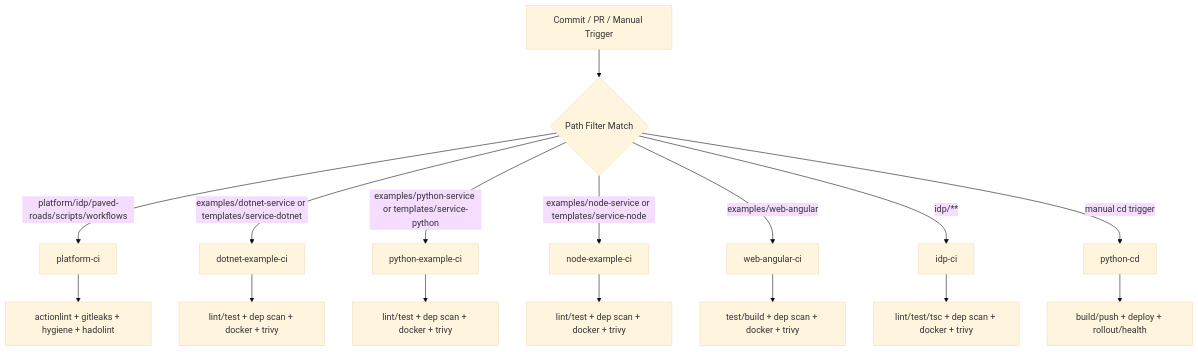
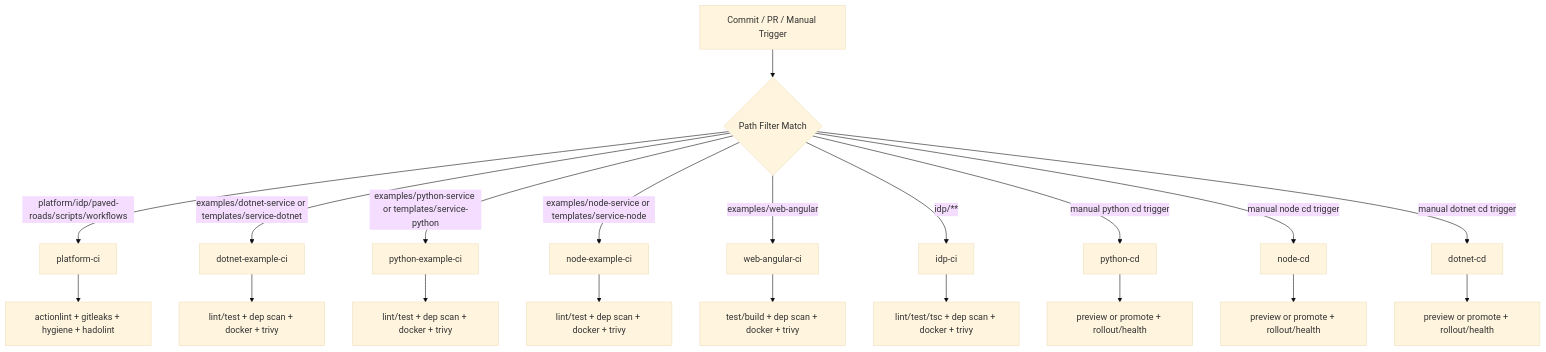
One commit to srstanl/portfolio changed the diagram in docs/ci-workflow-map.md. Above: the diagram before and after it, drawn with Mermaid (base theme). The commit also changed other lines of this file and 18 other files, not shown here.

````diff
--- a/docs/ci-workflow-map.md
+++ b/docs/ci-workflow-map.md
@@ -82,19 +110,23 @@
 ```mermaid
 flowchart TD
   A[Commit / PR / Manual Trigger] --> B{Path Filter Match}
   B -->|platform/idp/paved-roads/scripts/workflows| P[platform-ci]
   B -->|examples/dotnet-service or templates/service-dotnet| D[dotnet-example-ci]
   B -->|examples/python-service or templates/service-python| PY[python-example-ci]
   B -->|examples/node-service or templates/service-node| N[node-example-ci]
   B -->|examples/web-angular| W[web-angular-ci]
   B -->|idp/**| I[idp-ci]
-  B -->|manual cd trigger| CD[python-cd]
+  B -->|manual python cd trigger| CDPY[python-cd]
+  B -->|manual node cd trigger| CDN[node-cd]
+  B -->|manual dotnet cd trigger| CDD[dotnet-cd]
 
   P --> P1[actionlint + gitleaks + hygiene + hadolint]
   D --> D1[lint/test + dep scan + docker + trivy]
   PY --> PY1[lint/test + dep scan + docker + trivy]
   N --> N1[lint/test + dep scan + docker + trivy]
   W --> W1[test/build + dep scan + docker + trivy]
   I --> I1[lint/test/tsc + dep scan + docker + trivy]
-  CD --> CD1[build/push + deploy + rollout/health]
+  CDPY --> CDPY1[preview or promote + rollout/health]
+  CDN --> CDN1[preview or promote + rollout/health]
+  CDD --> CDD1[preview or promote + rollout/health]
 ```
````
